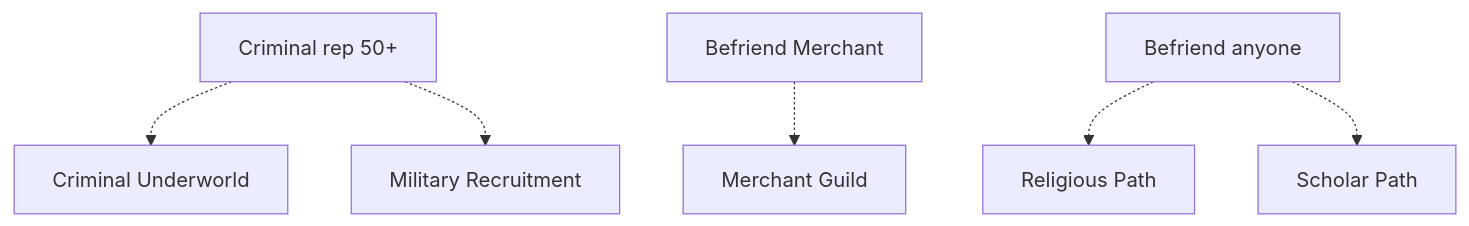
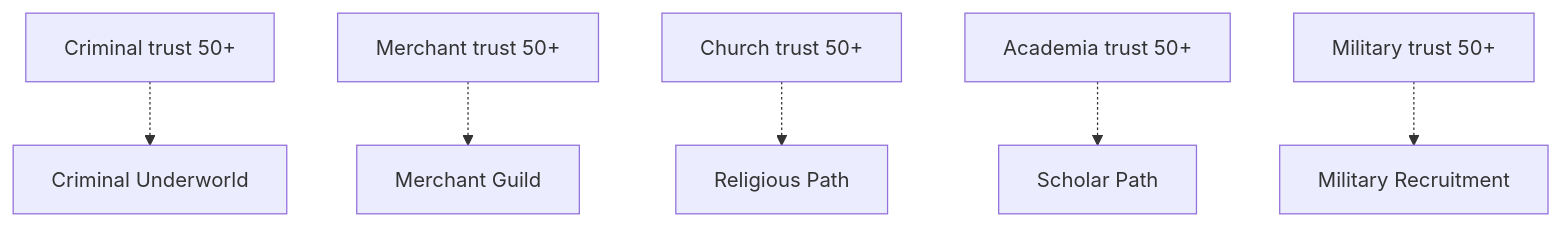
Before and after one commit to axecopfire/first-godot: the sixth of 6 diagrams in docs/general/GAME_DESIGN.md, drawn with Mermaid. The commit also changed other lines of this file and 32 other files, not shown here.

````diff
--- a/docs/general/GAME_DESIGN.md
+++ b/docs/general/GAME_DESIGN.md
@@ -182,8 +189,8 @@
 ```mermaid
 flowchart TB
-    E1[Criminal rep 50+] -.-> E2[Criminal Underworld]
-    E3[Befriend Merchant] -.-> E4[Merchant Guild]
-    E5[Befriend anyone] -.-> E6[Religious Path]
-    E5 -.-> E7[Scholar Path]
-    E1 -.-> E8[Military Recruitment]
+    E1[Criminal trust 50+] -.-> E2[Criminal Underworld]
+    E3[Merchant trust 50+] -.-> E4[Merchant Guild]
+    E5[Church trust 50+] -.-> E6[Religious Path]
+    E7[Academia trust 50+] -.-> E8[Scholar Path]
+    E9[Military trust 50+] -.-> E10[Military Recruitment]
 ```
````
